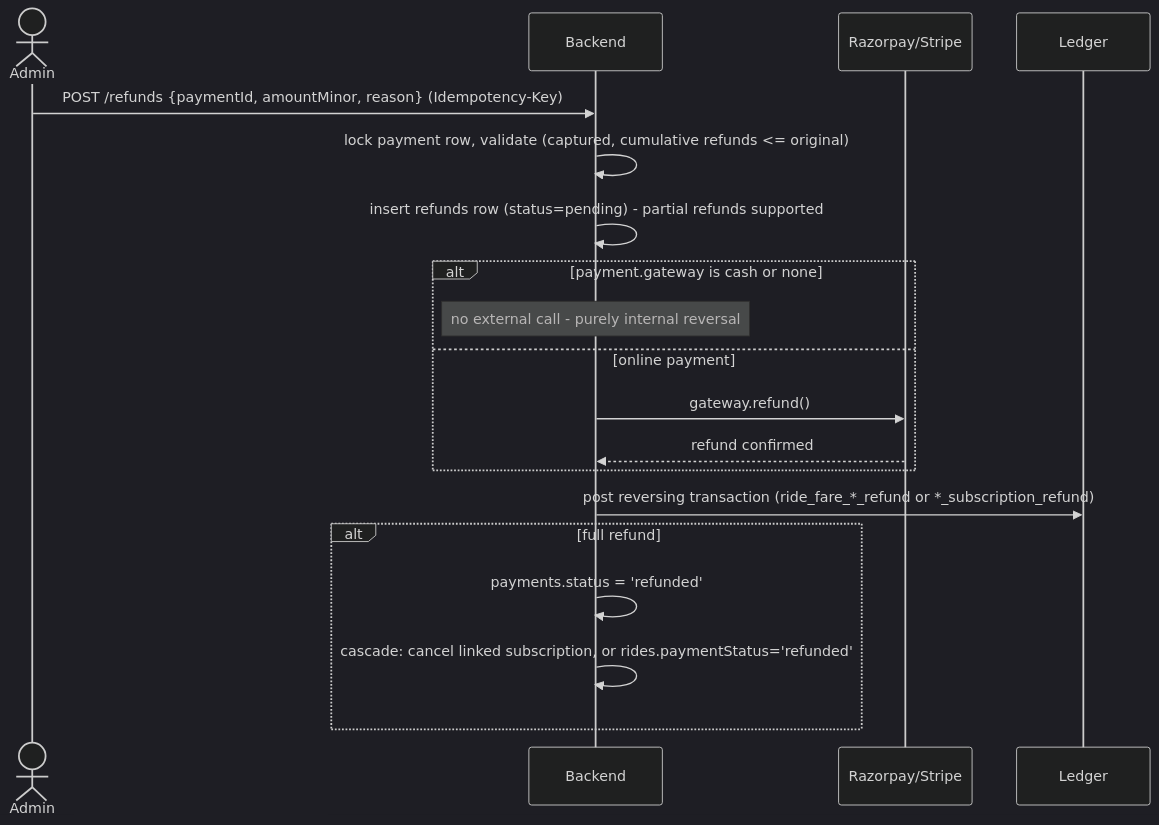
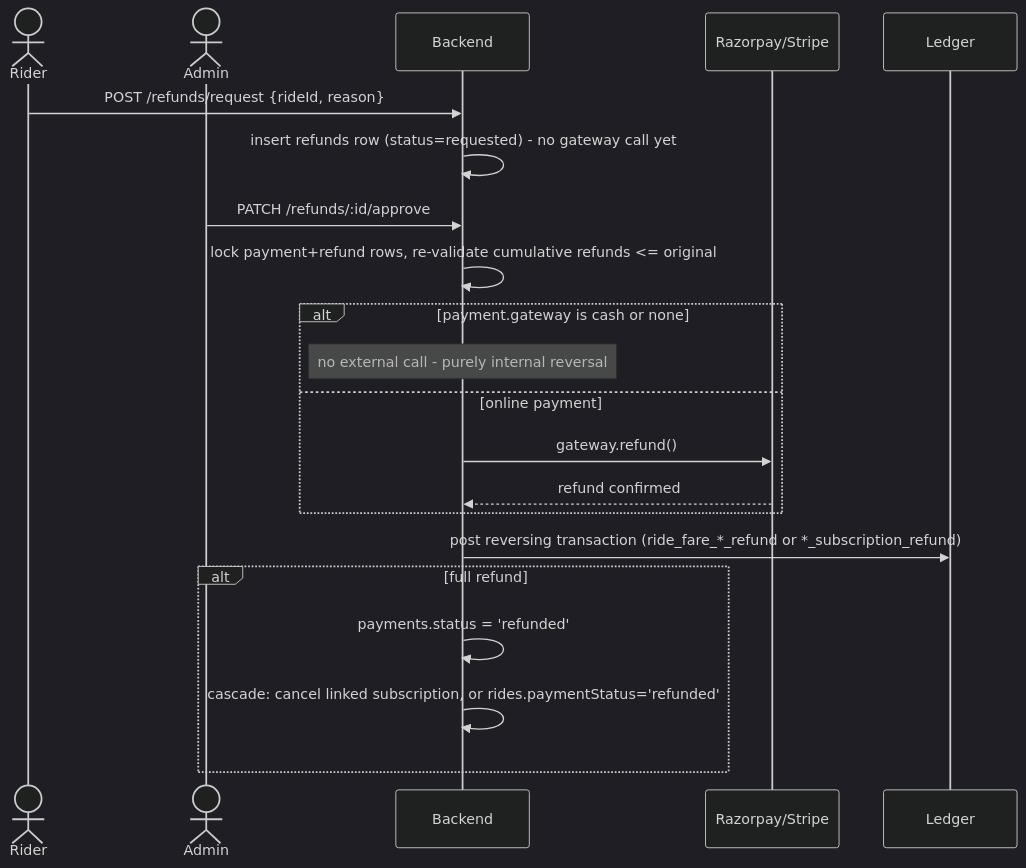
The sixth of 10 diagrams in backend/docs/payment-system-overview.md (dynamichydra/ridesharing), drawn with Mermaid (dark theme) before and after one commit. The commit also changed other lines of this file and 17 other files, not shown here.

Commit message:
add new api ends points for payment system

````diff
--- a/backend/docs/payment-system-overview.md
+++ b/backend/docs/payment-system-overview.md
@@ -346,22 +384,24 @@
 ```mermaid
 sequenceDiagram
+    actor Rider
     actor Admin
     participant API as Backend
     participant GW as Razorpay/Stripe
     participant Ledger
 
-    Admin->>API: POST /refunds {paymentId, amountMinor, reason} (Idempotency-Key)
-    API->>API: lock payment row, validate (captured, cumulative refunds <= original)
-    API->>API: insert refunds row (status=pending) - partial refunds supported
+    Rider->>API: POST /refunds/request {rideId, reason}
+    API->>API: insert refunds row (status=requested) - no gateway call yet
+    Admin->>API: PATCH /refunds/:id/approve
+    API->>API: lock payment+refund rows, re-validate cumulative refunds <= original
     alt payment.gateway is cash or none
         Note over API: no external call - purely internal reversal
     else online payment
         API->>GW: gateway.refund()
         GW-->>API: refund confirmed
     end
     API->>Ledger: post reversing transaction (ride_fare_*_refund or *_subscription_refund)
     alt full refund
         API->>API: payments.status = 'refunded'
         API->>API: cascade: cancel linked subscription, or rides.paymentStatus='refunded'
     end
 ```
````
